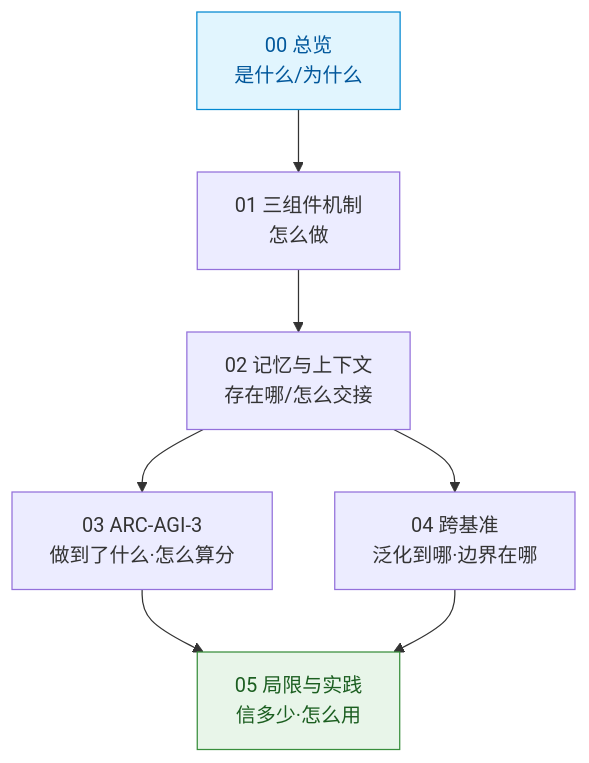
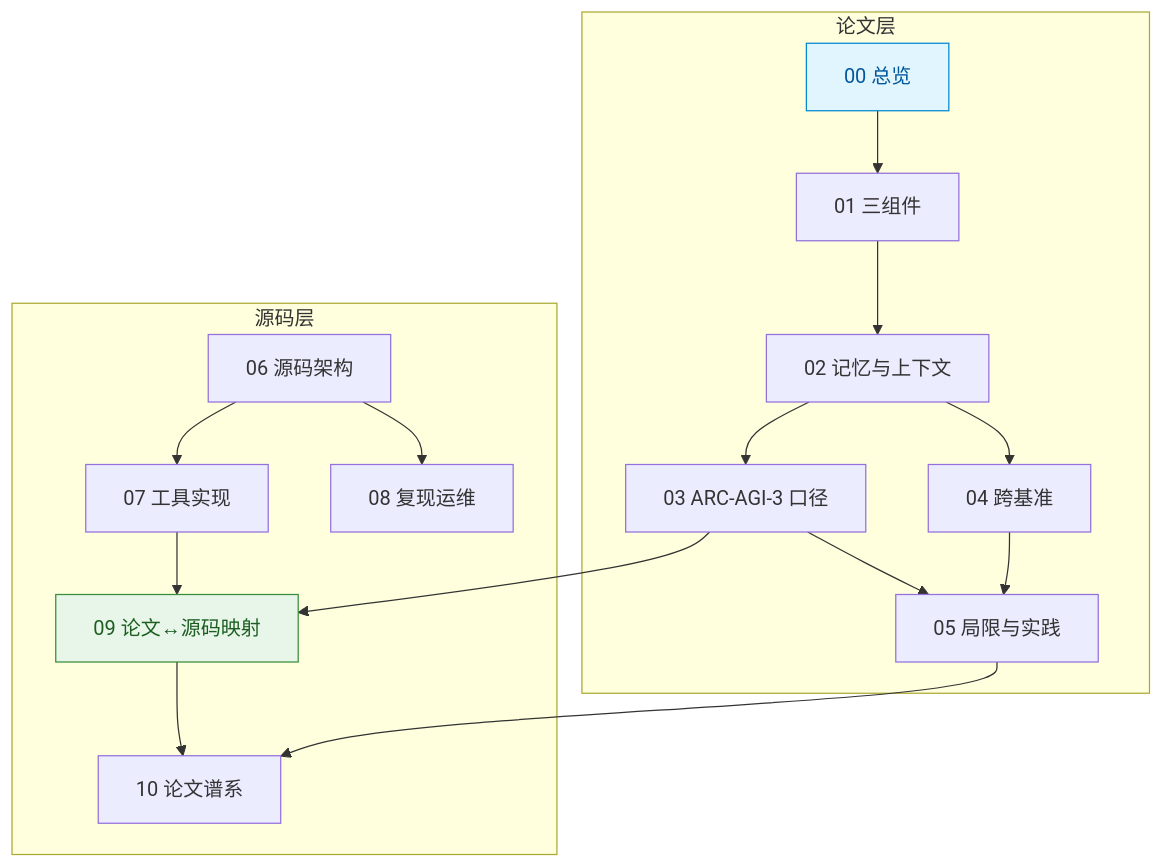
The diagram in doc/bundles/jishu/ai/models/vista-visual-harness/concepts/index.md (awesome-flexloop/awesome-okf), drawn with Mermaid before and after one commit. The commit also changed other lines of this file and 18 other files, not shown here.

````diff
--- a/doc/bundles/jishu/ai/models/vista-visual-harness/concepts/index.md
+++ b/doc/bundles/jishu/ai/models/vista-visual-harness/concepts/index.md
@@ -33,11 +47,21 @@
 ```mermaid
 flowchart TB
-    C0["00 总览<br/>是什么/为什么"] --> C1["01 三组件机制<br/>怎么做"]
-    C1 --> C2["02 记忆与上下文<br/>存在哪/怎么交接"]
-    C2 --> C3["03 ARC-AGI-3<br/>做到了什么·怎么算分"]
-    C2 --> C4["04 跨基准<br/>泛化到哪·边界在哪"]
-    C3 --> C5["05 局限与实践<br/>信多少·怎么用"]
-    C4 --> C5
+    subgraph PAPER["论文层"]
+        C0["00 总览"] --> C1["01 三组件"]
+        C1 --> C2["02 记忆与上下文"]
+        C2 --> C3["03 ARC-AGI-3 口径"]
+        C2 --> C4["04 跨基准"]
+        C3 --> C5["05 局限与实践"]
+        C4 --> C5
+    end
+    subgraph SRC["源码层"]
+        S6["06 源码架构"] --> S7["07 工具实现"]
+        S6 --> S8["08 复现运维"]
+        S7 --> S9["09 论文↔源码映射"]
+        C3 --> S9
+        S9 --> S10["10 论文谱系"]
+        C5 --> S10
+    end
     style C0 fill:#e1f5fe,stroke:#0288d1,color:#01579b
-    style C5 fill:#e8f5e9,stroke:#388e3c,color:#1b5e20
+    style S9 fill:#e8f5e9,stroke:#388e3c,color:#1b5e20
 ```
````
